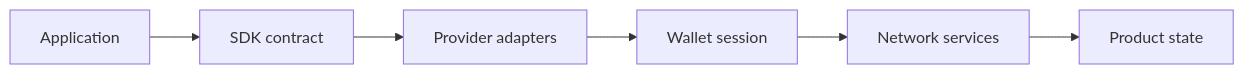
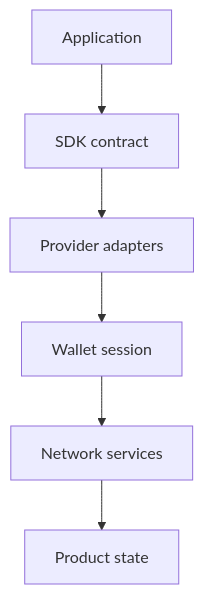
The diagram in README.md (J0UH/wallet-integration-sdk), drawn with Mermaid before and after one commit.

Commit message:
docs: build visual project portfolio

````diff
--- a/README.md
+++ b/README.md
@@ -25,14 +25,14 @@
 ```mermaid
-flowchart LR
+flowchart TD
     n0["Application"]
     n1["SDK contract"]
     n2["Provider adapters"]
     n3["Wallet session"]
     n4["Network services"]
     n5["Product state"]
     n0 --> n1
     n1 --> n2
     n2 --> n3
     n3 --> n4
     n4 --> n5
 ```
````
